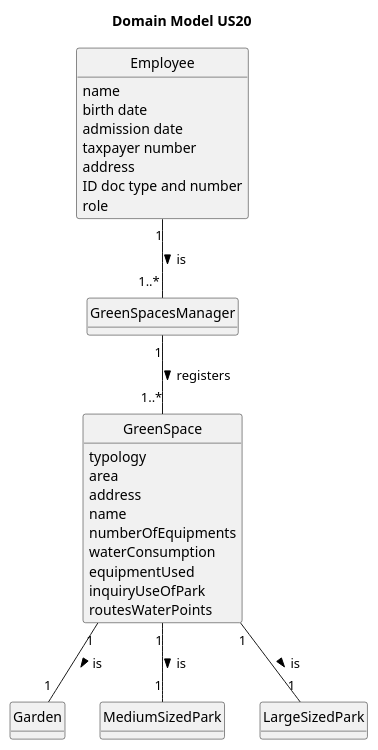
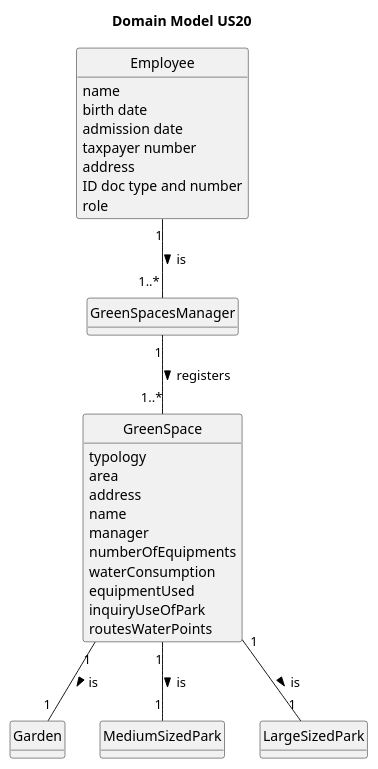
Before and after one commit to LopemigueISEP/lei-24-s2-1nb-g312: the diagram in docs/sprintC/US020/02.analysis/puml/us20-domain-model.puml, drawn with PlantUML. The commit also changed 21 other files, not shown here.

Commit message:
#11 unitary test codification and javadoc comments #21 DM update of class GreenSpace with new attributes for US20 #2 US20 tests and implementations readme, class diagram, DM update, design update and requirements engineering update with new information from the client

```diff
--- a/docs/sprintC/US020/02.analysis/puml/us20-domain-model.puml
+++ b/docs/sprintC/US020/02.analysis/puml/us20-domain-model.puml
@@ -1,57 +1,58 @@
 @startuml
 skinparam monochrome true
 skinparam packageStyle rectangle
 skinparam shadowing false
 
 'left to right direction
 
 skinparam classAttributeIconSize 0
 
 hide circle
 hide methods
 
 title Domain Model US20
 
 
 class Employee {
     name
     birth date
     contact (email/phone)
     admission date
     taxpayer number
     address
     ID doc type and number
     role
 }
 
 class GreenSpacesManager{
 
 }
 
 class GreenSpace {
     typology
     area
     address
     name
+    manager
     numberOfEquipments
     waterConsumption
     equipmentUsed
     inquiryUseOfPark
     routesWaterPoints
 }
 
 class Garden{
 }
 class MediumSizedPark{
 }
 class LargeSizedPark{
 }
 
 Employee "1" -- "1..*" GreenSpacesManager : is >
 GreenSpacesManager "1" -- "1..*" GreenSpace : registers >
 GreenSpace "1" -- "1" MediumSizedPark : is >
 GreenSpace "1" -- "1" Garden : is >
 GreenSpace "1" -- "1" LargeSizedPark : is >
 
 
 @enduml
```
